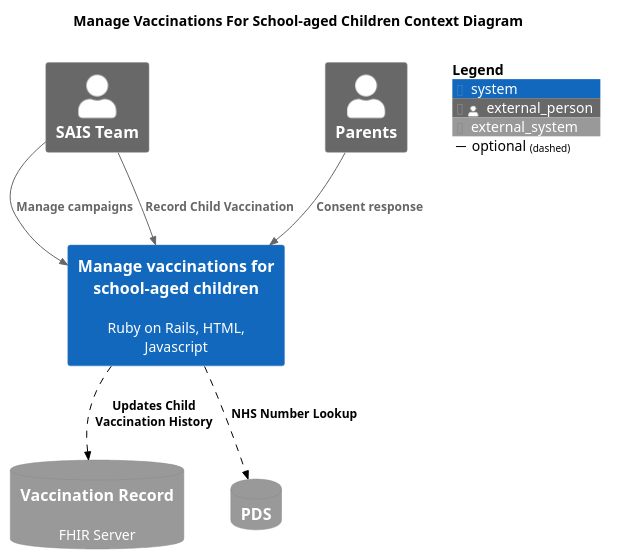
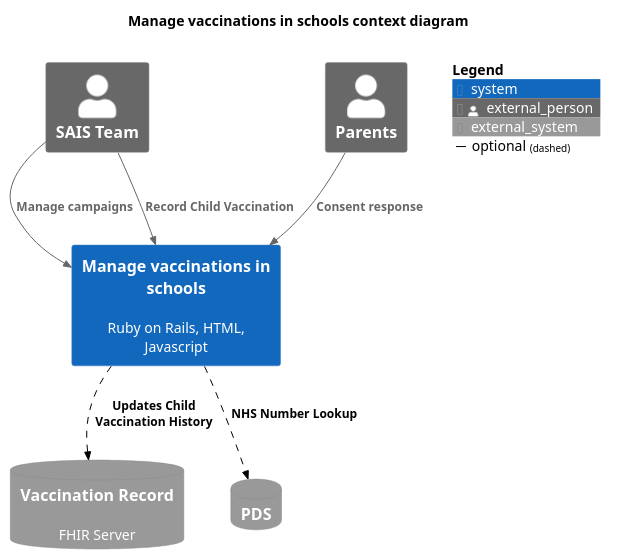
Before and after one commit to nhsuk/manage-vaccinations-in-schools: the diagram in docs/diagrams/context-view-future.puml, drawn with PlantUML. The commit also changed 20 other files, not shown here.

```diff
--- a/docs/diagrams/context-view-future.puml
+++ b/docs/diagrams/context-view-future.puml
@@ -1,27 +1,27 @@
 @startuml
 
 !include <C4/C4_Context.puml>
 
 LAYOUT_TOP_DOWN()
 
-title "Manage Vaccinations For School-aged Children Context Diagram"
+title "Manage vaccinations in schools context diagram"
 
 Person_Ext(sais, "SAIS Team")
 Person_Ext(parents, "Parents")
 
-System(manage, "Manage vaccinations for school-aged children", "Ruby on Rails, HTML, Javascript")
+System(manage, "Manage vaccinations in schools", "Ruby on Rails, HTML, Javascript")
 
 SystemDb_Ext(vaccineRecord, "Vaccination Record", "FHIR Server")
 SystemDb_Ext(pds, "PDS", "")
 
 AddRelTag("optional", $textColor="black", $lineColor="black", $lineStyle="dashed")
 
 Rel(sais, manage, "Manage campaigns")
 Rel(sais, manage, "Record Child Vaccination")
 Rel(parents, manage, "Consent response")
 Rel(manage, vaccineRecord, "Updates Child Vaccination History", $tags="optional")
 Rel(manage, pds, "NHS Number Lookup", $tags="optional")
 
 SHOW_FLOATING_LEGEND()
 
 @enduml
```
